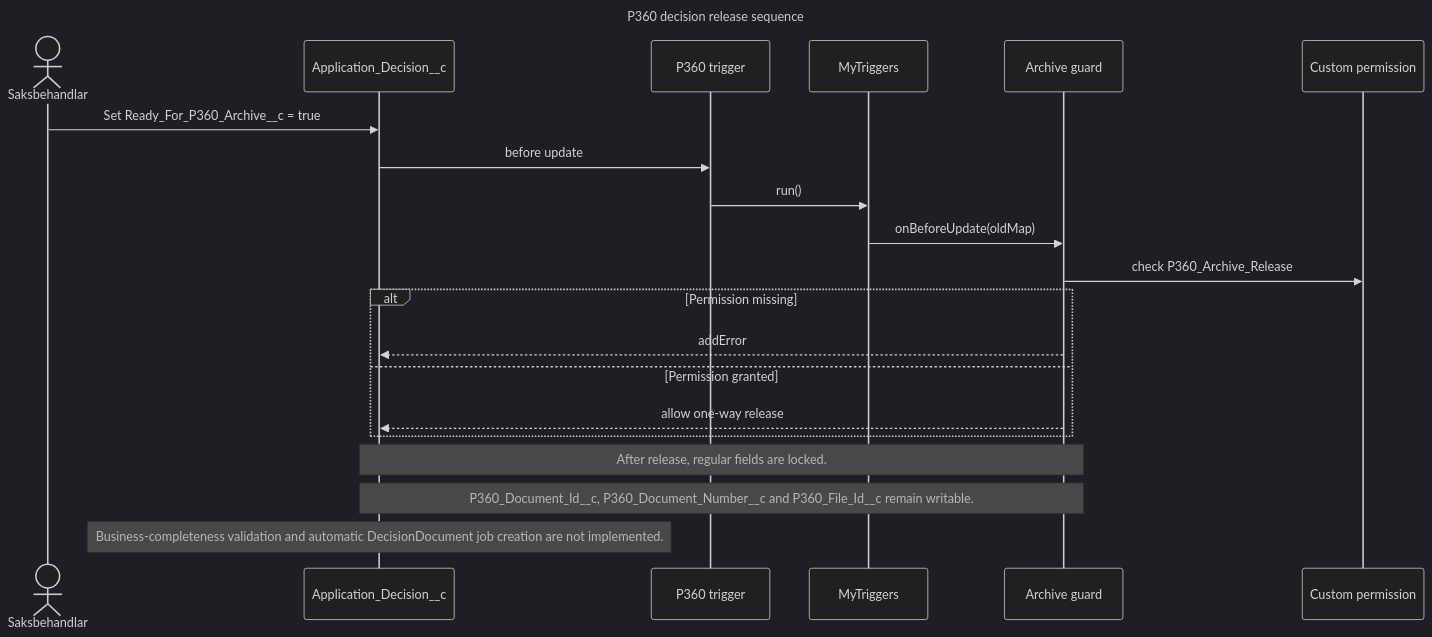
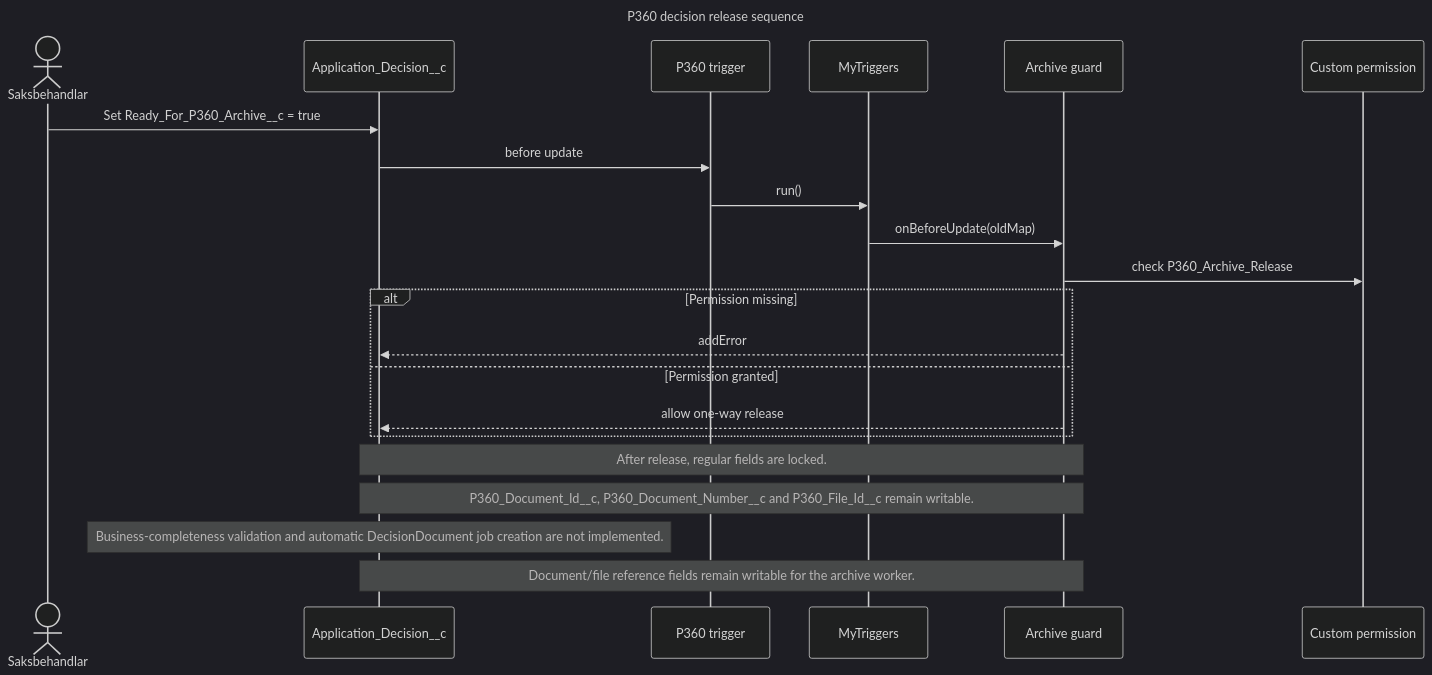
One commit to navikt/crm-arbeidsforhold changed the diagram in docs/integrations/p360/diagrams/p360-decision-release-sequence.mmd. Above: the diagram before and after it, drawn with Mermaid (dark theme). The commit also changed 12 other files, not shown here.

Commit message:
docs(p360): update architecture diagrams and add class diagram

```diff
--- a/docs/integrations/p360/diagrams/p360-decision-release-sequence.mmd
+++ b/docs/integrations/p360/diagrams/p360-decision-release-sequence.mmd
@@ -1,25 +1,26 @@
 ---
 title: P360 decision release sequence
 ---
 sequenceDiagram
     actor User as Saksbehandlar
     participant Decision as Application_Decision__c
     participant Trigger as P360 trigger
     participant Framework as MyTriggers
     participant Guard as Archive guard
     participant Permission as Custom permission
 
     User->>Decision: Set Ready_For_P360_Archive__c = true
     Decision->>Trigger: before update
     Trigger->>Framework: run()
     Framework->>Guard: onBeforeUpdate(oldMap)
     Guard->>Permission: check P360_Archive_Release
     alt Permission missing
         Guard-->>Decision: addError
     else Permission granted
         Guard-->>Decision: allow one-way release
     end
 
     Note over Guard,Decision: After release, regular fields are locked.
     Note over Guard,Decision: P360_Document_Id__c, P360_Document_Number__c and P360_File_Id__c remain writable.
     Note over Decision: Business-completeness validation and automatic DecisionDocument job creation are not implemented.
+    Note over Guard,Decision: Document/file reference fields remain writable for the archive worker.
```
